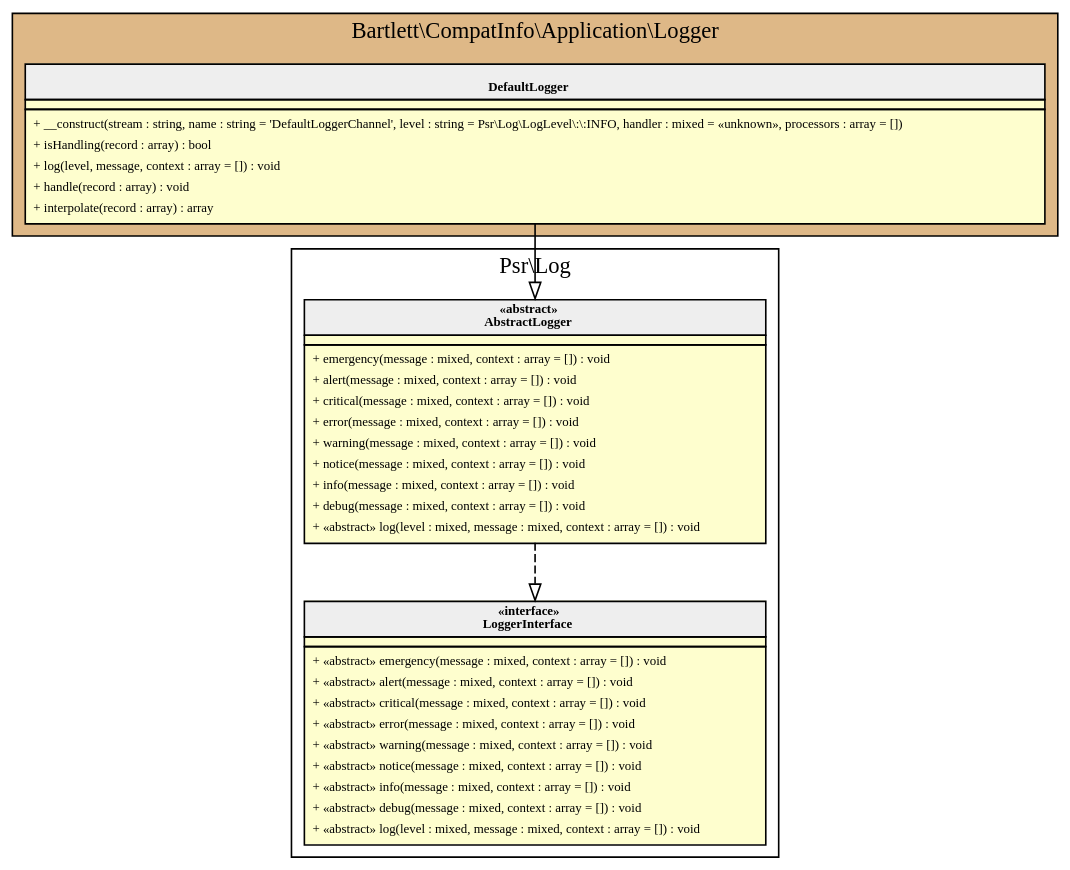
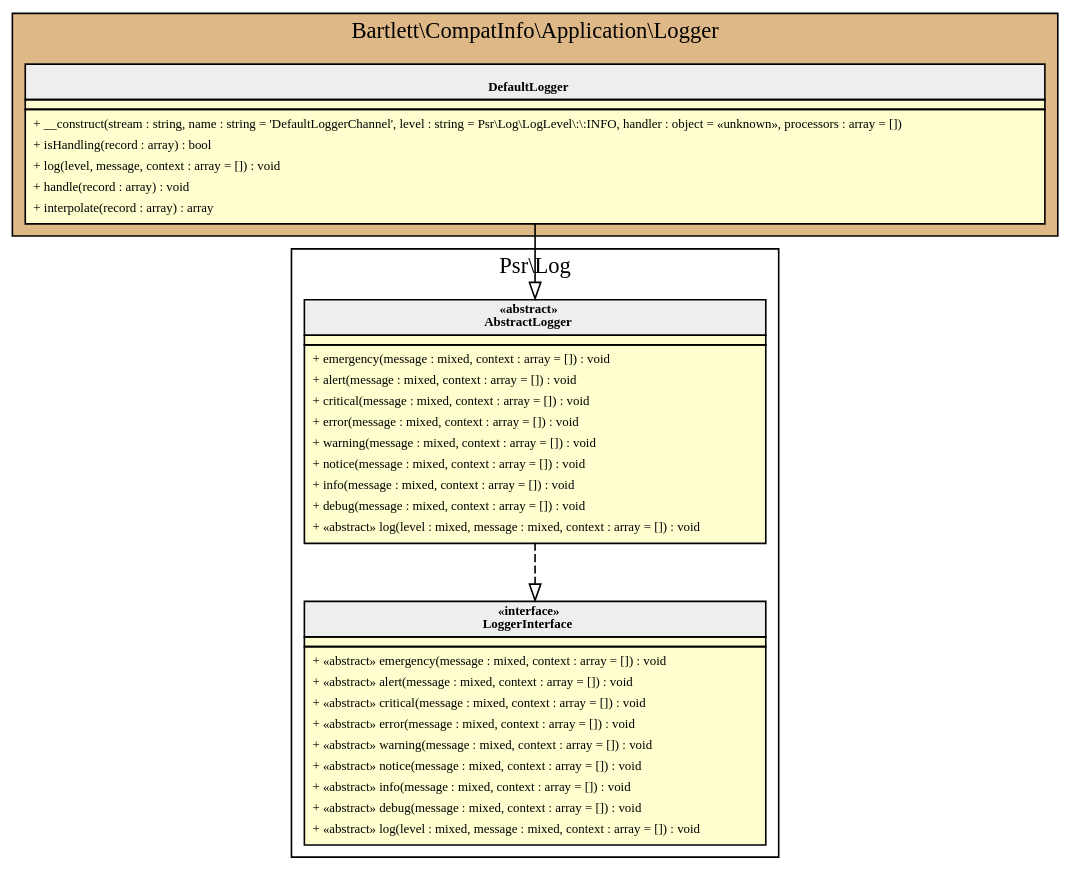
One commit to llaville/php-compatinfo changed the diagram in 7.1/assets/images/application-logger.html.gv. Above: the diagram before and after it, drawn with Graphviz. The commit also changed 43 other files, not shown here.

```diff
--- a/7.1/assets/images/application-logger.html.gv
+++ b/7.1/assets/images/application-logger.html.gv
@@ -1,58 +1,58 @@
 digraph {
   graph [name="G" overlap="false" rankdir="TB" bgcolor="transparent"]
   node [fontname="Verdana" fontsize=8 shape="none" margin=0 fillcolor="#FEFECE" style="filled"]
   edge [fontname="Verdana" fontsize=8]
   subgraph cluster_0 {
     graph [bgcolor="BurlyWood"]
     label = "Bartlett\\CompatInfo\\Application\\Logger"
     "Bartlett\\CompatInfo\\Application\\Logger\\DefaultLogger" [shape="none" label=<
 <table cellspacing="0" border="0" cellborder="1">
     <tr><td bgcolor="#eeeeee"><b><br/>DefaultLogger</b></td></tr>
     <tr><td></td></tr>
     <tr><td><table border="0" cellspacing="0" cellpadding="2">
-    <tr><td align="left">+ __construct(stream : string, name : string = 'DefaultLoggerChannel', level : string = Psr\\Log\\LogLevel\:\:INFO, handler : mixed = «unknown», processors : array = [])</td></tr>
+    <tr><td align="left">+ __construct(stream : string, name : string = 'DefaultLoggerChannel', level : string = Psr\\Log\\LogLevel\:\:INFO, handler : object = «unknown», processors : array = [])</td></tr>
     <tr><td align="left">+ isHandling(record : array) : bool</td></tr>
     <tr><td align="left">+ log(level, message, context : array = []) : void</td></tr>
     <tr><td align="left">+ handle(record : array) : void</td></tr>
     <tr><td align="left">+ interpolate(record : array) : array</td></tr>
 </table></td></tr>
 </table>>]
   }
   subgraph cluster_1 {
     label = "Psr\\Log"
     "Psr\\Log\\AbstractLogger" [shape="none" label=<
 <table cellspacing="0" border="0" cellborder="1">
     <tr><td bgcolor="#eeeeee"><b>«abstract»<br/>AbstractLogger</b></td></tr>
     <tr><td></td></tr>
     <tr><td><table border="0" cellspacing="0" cellpadding="2">
     <tr><td align="left">+ emergency(message : mixed, context : array = []) : void</td></tr>
     <tr><td align="left">+ alert(message : mixed, context : array = []) : void</td></tr>
     <tr><td align="left">+ critical(message : mixed, context : array = []) : void</td></tr>
     <tr><td align="left">+ error(message : mixed, context : array = []) : void</td></tr>
     <tr><td align="left">+ warning(message : mixed, context : array = []) : void</td></tr>
     <tr><td align="left">+ notice(message : mixed, context : array = []) : void</td></tr>
     <tr><td align="left">+ info(message : mixed, context : array = []) : void</td></tr>
     <tr><td align="left">+ debug(message : mixed, context : array = []) : void</td></tr>
     <tr><td align="left">+ «abstract» log(level : mixed, message : mixed, context : array = []) : void</td></tr>
 </table></td></tr>
 </table>>]
     "Psr\\Log\\LoggerInterface" [shape="none" label=<
 <table cellspacing="0" border="0" cellborder="1">
     <tr><td bgcolor="#eeeeee"><b>«interface»<br/>LoggerInterface</b></td></tr>
     <tr><td></td></tr>
     <tr><td><table border="0" cellspacing="0" cellpadding="2">
     <tr><td align="left">+ «abstract» emergency(message : mixed, context : array = []) : void</td></tr>
     <tr><td align="left">+ «abstract» alert(message : mixed, context : array = []) : void</td></tr>
     <tr><td align="left">+ «abstract» critical(message : mixed, context : array = []) : void</td></tr>
     <tr><td align="left">+ «abstract» error(message : mixed, context : array = []) : void</td></tr>
     <tr><td align="left">+ «abstract» warning(message : mixed, context : array = []) : void</td></tr>
     <tr><td align="left">+ «abstract» notice(message : mixed, context : array = []) : void</td></tr>
     <tr><td align="left">+ «abstract» info(message : mixed, context : array = []) : void</td></tr>
     <tr><td align="left">+ «abstract» debug(message : mixed, context : array = []) : void</td></tr>
     <tr><td align="left">+ «abstract» log(level : mixed, message : mixed, context : array = []) : void</td></tr>
 </table></td></tr>
 </table>>]
   }
   "Psr\\Log\\AbstractLogger" -> "Psr\\Log\\LoggerInterface" [arrowhead="empty" style="dashed"]
   "Bartlett\\CompatInfo\\Application\\Logger\\DefaultLogger" -> "Psr\\Log\\AbstractLogger" [arrowhead="empty" style="filled"]
 }
```
